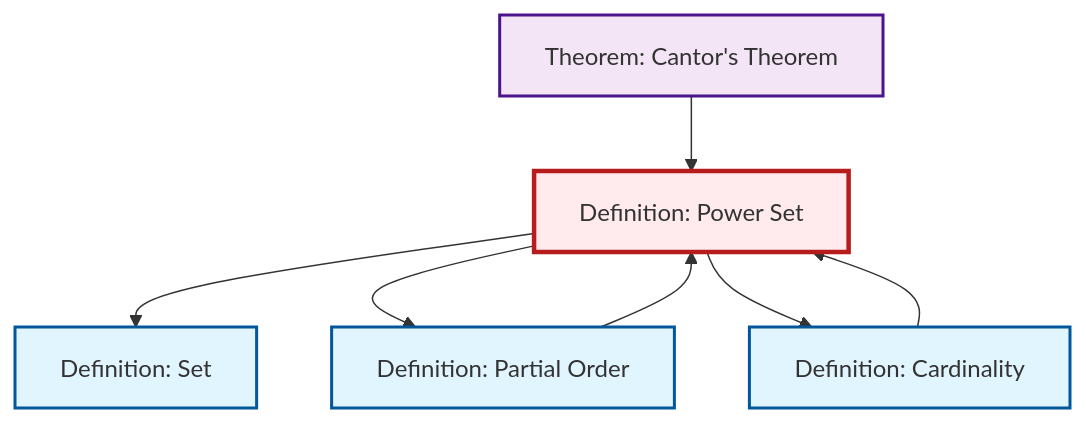
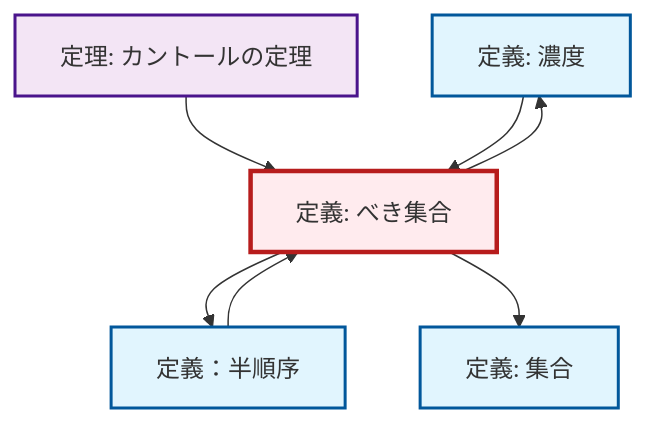
Before and after one commit to RK0429/ModernMath: the second of 2 diagrams in content/ja/logic-set-theory/def-power-set.qmd, drawn with Mermaid. The commit also changed 1069 other files, not shown here.

````diff
--- a/content/ja/logic-set-theory/def-power-set.qmd
+++ b/content/ja/logic-set-theory/def-power-set.qmd
@@ -70,25 +70,25 @@
 ```{mermaid}
 %%| fig-cap: "Local dependency graph"
 graph TD
     classDef definition fill:#e1f5fe,stroke:#01579b,stroke-width:2px
     classDef theorem fill:#f3e5f5,stroke:#4a148c,stroke-width:2px
     classDef axiom fill:#fff3e0,stroke:#e65100,stroke-width:2px
     classDef example fill:#e8f5e9,stroke:#1b5e20,stroke-width:2px
     classDef current fill:#ffebee,stroke:#b71c1c,stroke-width:3px
-    def-set["Definition: Set"]:::definition
-    def-power-set["Definition: Power Set"]:::definition
-    def-cardinality["Definition: Cardinality"]:::definition
-    thm-cantor["Theorem: Cantor's Theorem"]:::theorem
-    def-partial-order["Definition: Partial Order"]:::definition
-    def-cardinality --> def-power-set
+    def-set["定義: 集合"]:::definition
+    def-cardinality["定義: 濃度"]:::definition
+    thm-cantor["定理: カントールの定理"]:::theorem
+    def-partial-order["定義：半順序"]:::definition
+    def-power-set["定義: べき集合"]:::definition
     def-partial-order --> def-power-set
+    def-power-set --> def-partial-order
     def-power-set --> def-set
-    def-power-set --> def-partial-order
     def-power-set --> def-cardinality
     thm-cantor --> def-power-set
+    def-cardinality --> def-power-set
     class def-power-set current
-    click def-set "def-set.html" "Definition: Setへ"
-    click def-cardinality "def-cardinality.html" "Definition: Cardinalityへ"
-    click thm-cantor "thm-cantor.html" "Theorem: Cantor's Theoremへ"
-    click def-partial-order "def-partial-order.html" "Definition: Partial Orderへ"
+    click def-set "def-set.html" "集合の定義へ"
+    click def-cardinality "def-cardinality.html" "濃度の定義へ"
+    click thm-cantor "thm-cantor.html" "カントールの定理の定理へ"
+    click def-partial-order "def-partial-order.html" "定義：半順序へ"
 ```
````
